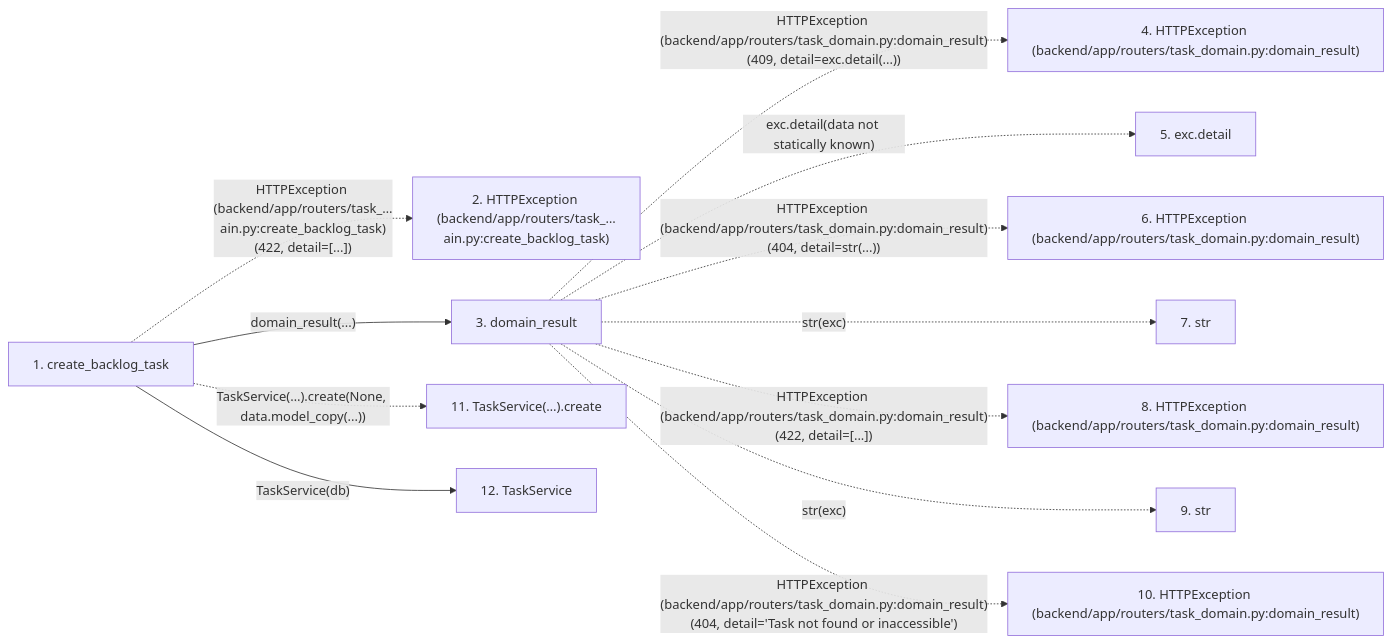
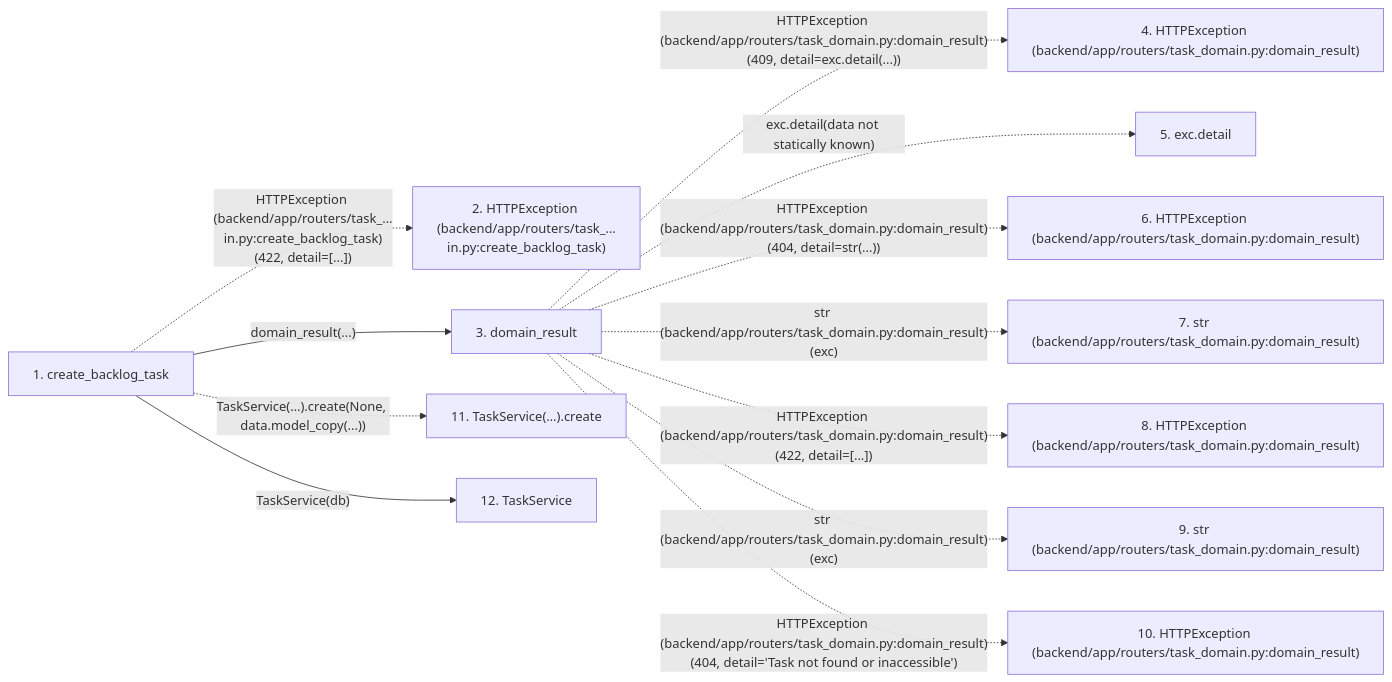
One commit to Denissvgn/WorkChord changed the second of 2 diagrams in docs/llm_wiki/flows/http-create_backlog_task.md. Above: the diagram before and after it, drawn with Mermaid. The commit also changed other lines of this file and 25171 other files, not shown here.

````diff
--- a/docs/llm_wiki/flows/http-create_backlog_task.md
+++ b/docs/llm_wiki/flows/http-create_backlog_task.md
@@ -41,29 +139,29 @@
 ```mermaid
 flowchart LR
     s1["1. create_backlog_task"]
-    s2["2. HTTPException (backend/app/routers/task_…ain.py:create_backlog_task)"]
+    s2["2. HTTPException (backend/app/routers/task_…in.py:create_backlog_task)"]
     s3["3. domain_result"]
     s4["4. HTTPException (backend/app/routers/task_domain.py:domain_result)"]
     s5["5. exc.detail"]
     s6["6. HTTPException (backend/app/routers/task_domain.py:domain_result)"]
-    s7["7. str"]
+    s7["7. str (backend/app/routers/task_domain.py:domain_result)"]
     s8["8. HTTPException (backend/app/routers/task_domain.py:domain_result)"]
-    s9["9. str"]
+    s9["9. str (backend/app/routers/task_domain.py:domain_result)"]
     s10["10. HTTPException (backend/app/routers/task_domain.py:domain_result)"]
     s11["11. TaskService(…).create"]
     s12["12. TaskService"]
-    s1 -. "HTTPException (backend/app/routers/task_…ain.py:create_backlog_task)(422, detail=[...])" .-> s2
+    s1 -. "HTTPException (backend/app/routers/task_…in.py:create_backlog_task)(422, detail=[...])" .-> s2
     s1 -->|"domain_result(...)"| s3
     s3 -. "HTTPException (backend/app/routers/task_domain.py:domain_result)(409, detail=exc.detail(...))" .-> s4
     s3 -. "exc.detail(data not statically known)" .-> s5
     s3 -. "HTTPException (backend/app/routers/task_domain.py:domain_result)(404, detail=str(...))" .-> s6
-    s3 -. "str(exc)" .-> s7
+    s3 -. "str (backend/app/routers/task_domain.py:domain_result)(exc)" .-> s7
     s3 -. "HTTPException (backend/app/routers/task_domain.py:domain_result)(422, detail=[...])" .-> s8
-    s3 -. "str(exc)" .-> s9
+    s3 -. "str (backend/app/routers/task_domain.py:domain_result)(exc)" .-> s9
     s3 -. "HTTPException (backend/app/routers/task_domain.py:domain_result)(404, detail='Task not found or inaccessible')" .-> s10
     s1 -. "TaskService(…).create(None, data.model_copy(...))" .-> s11
     s1 -->|"TaskService(db)"| s12
     click s1 "../modules/routers_task_domain.md"
     click s3 "../modules/routers_task_domain.md"
     click s12 "../modules/task_service.md"
 ```
````
